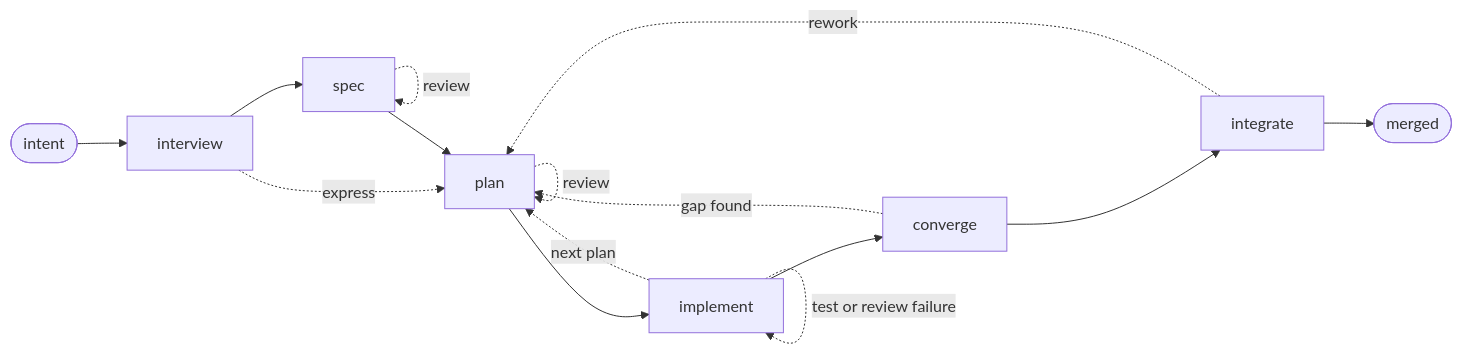
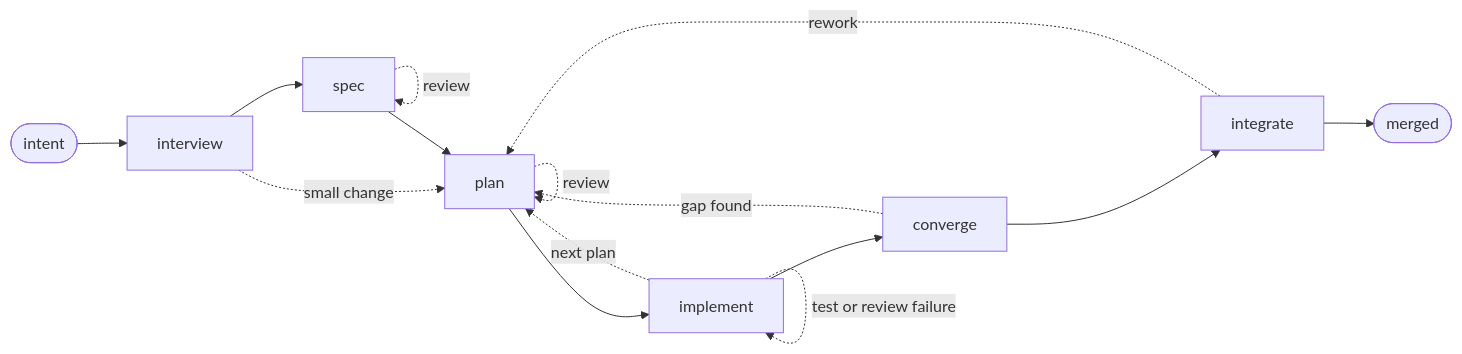
Before and after one commit to jpoimboe/imp: the diagram in README.md, drawn with Mermaid. The commit also changed other lines of this file, not shown here.

````diff
--- a/README.md
+++ b/README.md
@@ -126,17 +79,17 @@
 ```mermaid
 flowchart LR
   intent([intent]) --> interview[interview]
   interview --> spec[spec]
-  interview -. express .-> plan
+  interview -. small change .-> plan
   spec --> plan[plan]
   plan --> implement[implement]
   implement --> converge[converge]
   converge --> integrate[integrate]
   integrate --> merged([merged])
   spec -. review .-> spec
   plan -. review .-> plan
   implement -. test or review failure .-> implement
   implement -. next plan .-> plan
   converge -. gap found .-> plan
   integrate -. rework .-> plan
 ```
````
